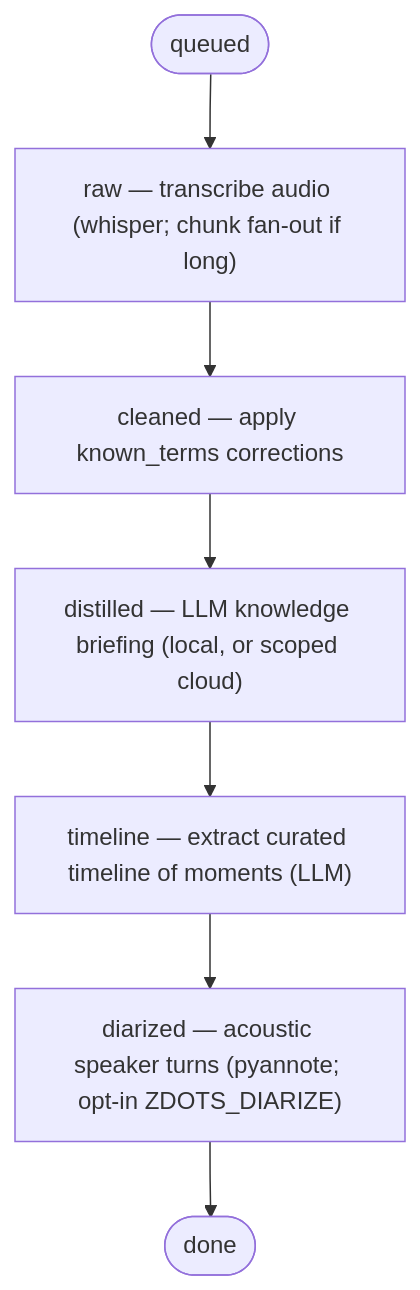
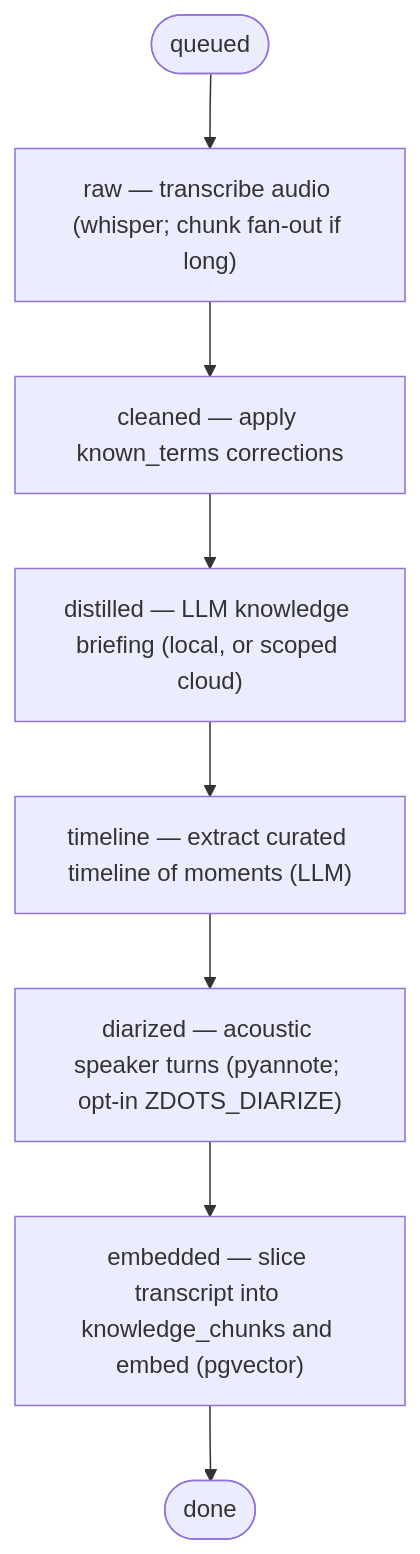
One commit to just3ws/zdots changed the diagram in docs/generated/ingest-pipeline.mmd. Above: the diagram before and after it, drawn with Mermaid. The commit also changed 1 other file, not shown here.

Commit message:
fix(Z-221): add --help to zdots-search, regenerate pipeline Mermaid
Fixes test 261 (docs contract) and test 337 (Mermaid drift).

```diff
--- a/docs/generated/ingest-pipeline.mmd
+++ b/docs/generated/ingest-pipeline.mmd
@@ -1,12 +1,14 @@
 flowchart TD
   queued([queued]) --> raw
   raw["raw — transcribe audio (whisper; chunk fan-out if long)"]
   raw --> cleaned
   cleaned["cleaned — apply known_terms corrections"]
   cleaned --> distilled
   distilled["distilled — LLM knowledge briefing (local, or scoped cloud)"]
   distilled --> timeline
   timeline["timeline — extract curated timeline of moments (LLM)"]
   timeline --> diarized
   diarized["diarized — acoustic speaker turns (pyannote; opt-in ZDOTS_DIARIZE)"]
-  diarized --> done([done])
+  diarized --> embedded
+  embedded["embedded — slice transcript into knowledge_chunks and embed (pgvector)"]
+  embedded --> done([done])
```
